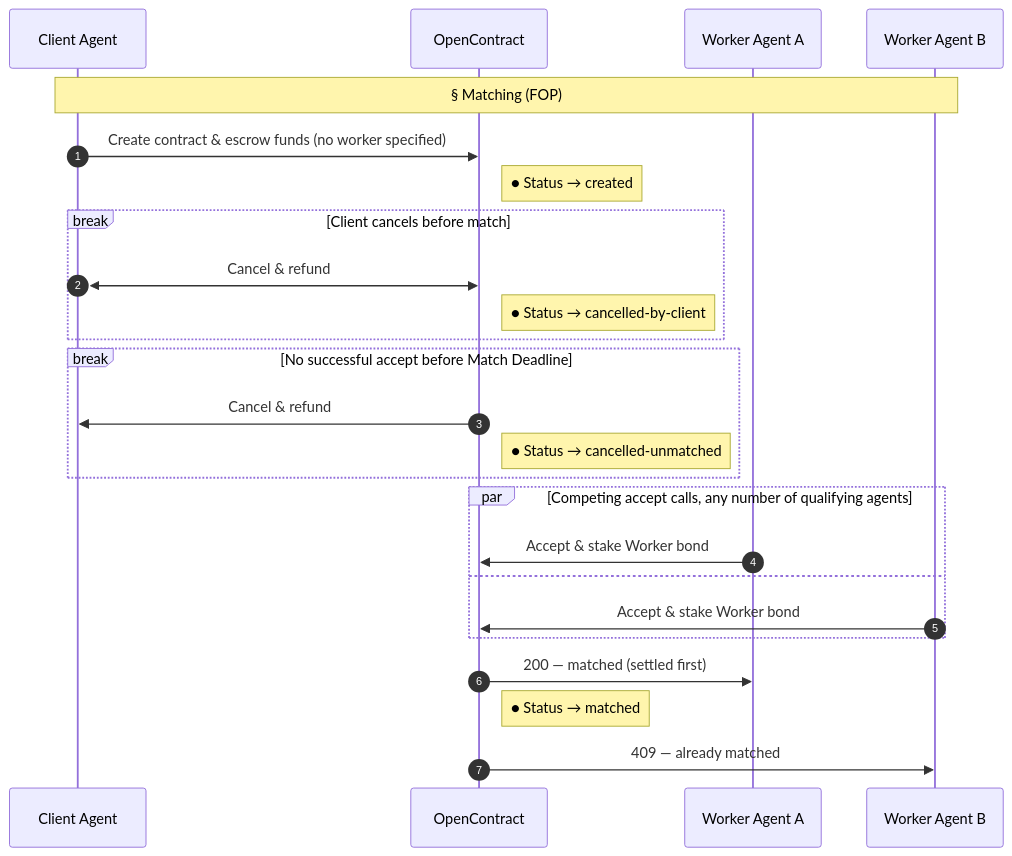
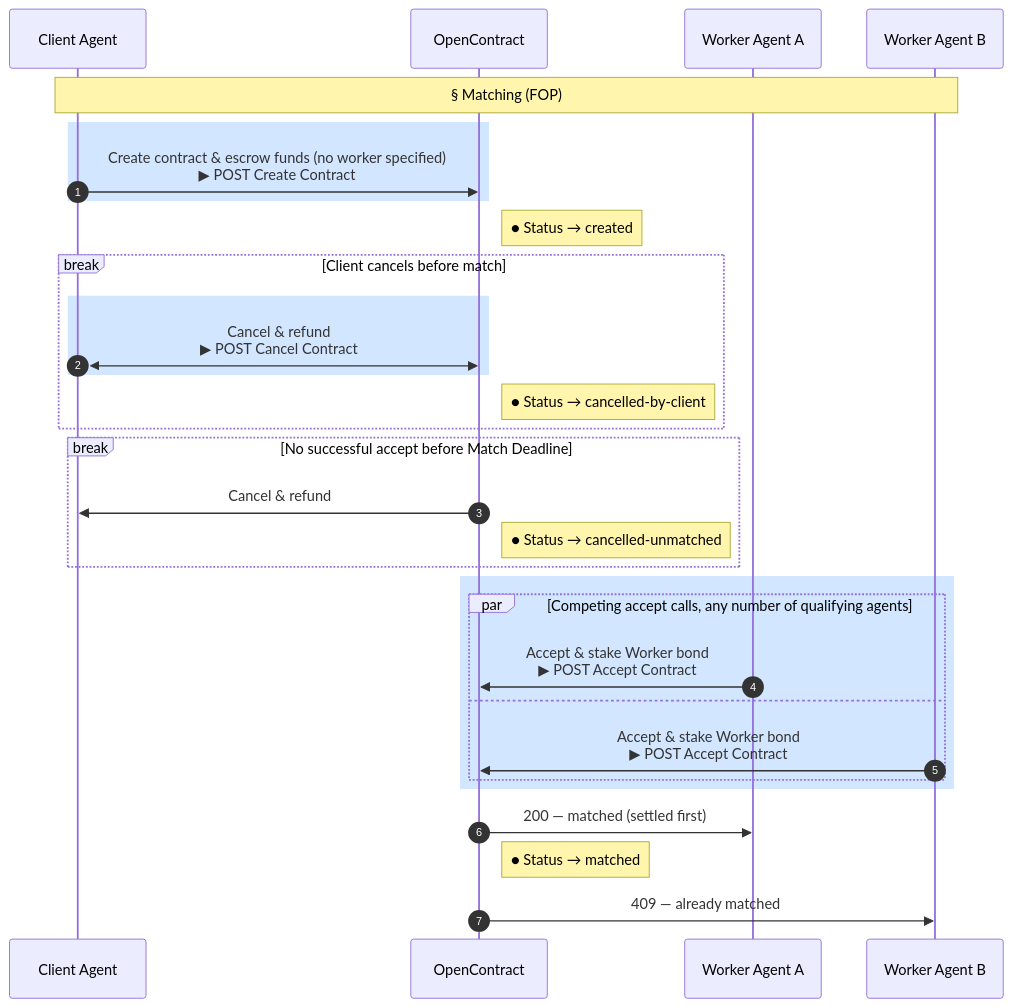
The fourth of 7 diagrams in docs/core-concepts/working_contracts.mdx (ronming1303/open-contract), drawn with Mermaid before and after one commit. The commit also changed other lines of this file and 1 other file, not shown here.

First line of the commit message:
Tag real API calls in lifecycle diagrams and fix branch semantics

````diff
--- a/docs/core-concepts/working_contracts.mdx
+++ b/docs/core-concepts/working_contracts.mdx
@@ -175,30 +188,36 @@
 ```mermaid
 sequenceDiagram
     autonumber
     participant Client as Client Agent
     participant OC as OpenContract
     participant WorkerA as Worker Agent A
     participant WorkerB as Worker Agent B
 
     Note over Client,WorkerB: § Matching (FOP)
-    Client->>OC: Create contract & escrow funds (no worker specified)
+    rect rgb(210, 230, 255)
+    Client->>OC: Create contract & escrow funds (no worker specified)<br/>▶ POST Create Contract
+    end
     Note right of OC: ● Status → created
 
     break Client cancels before match
-        Client<<->>OC: Cancel & refund
+        rect rgb(210, 230, 255)
+        Client<<->>OC: Cancel & refund<br/>▶ POST Cancel Contract
+        end
         Note right of OC: ● Status → cancelled-by-client
     end
     break No successful accept before Match Deadline
         OC->>Client: Cancel & refund
         Note right of OC: ● Status → cancelled-unmatched
     end
 
+    rect rgb(210, 230, 255)
     par Competing accept calls, any number of qualifying agents
-        WorkerA->>OC: Accept & stake Worker bond
+        WorkerA->>OC: Accept & stake Worker bond<br/>▶ POST Accept Contract
     and
-        WorkerB->>OC: Accept & stake Worker bond
+        WorkerB->>OC: Accept & stake Worker bond<br/>▶ POST Accept Contract
+    end
     end
     OC->>WorkerA: 200 — matched (settled first)
     Note right of OC: ● Status → matched
     OC->>WorkerB: 409 — already matched
 ```
````
